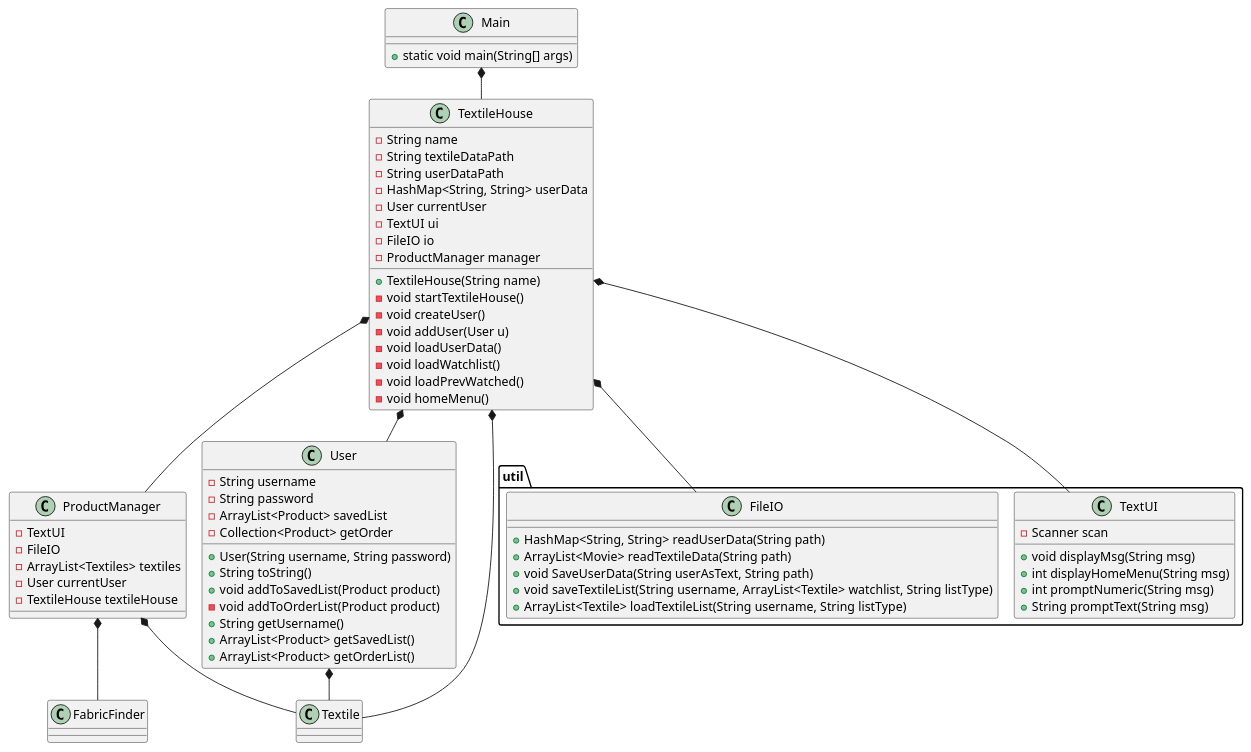
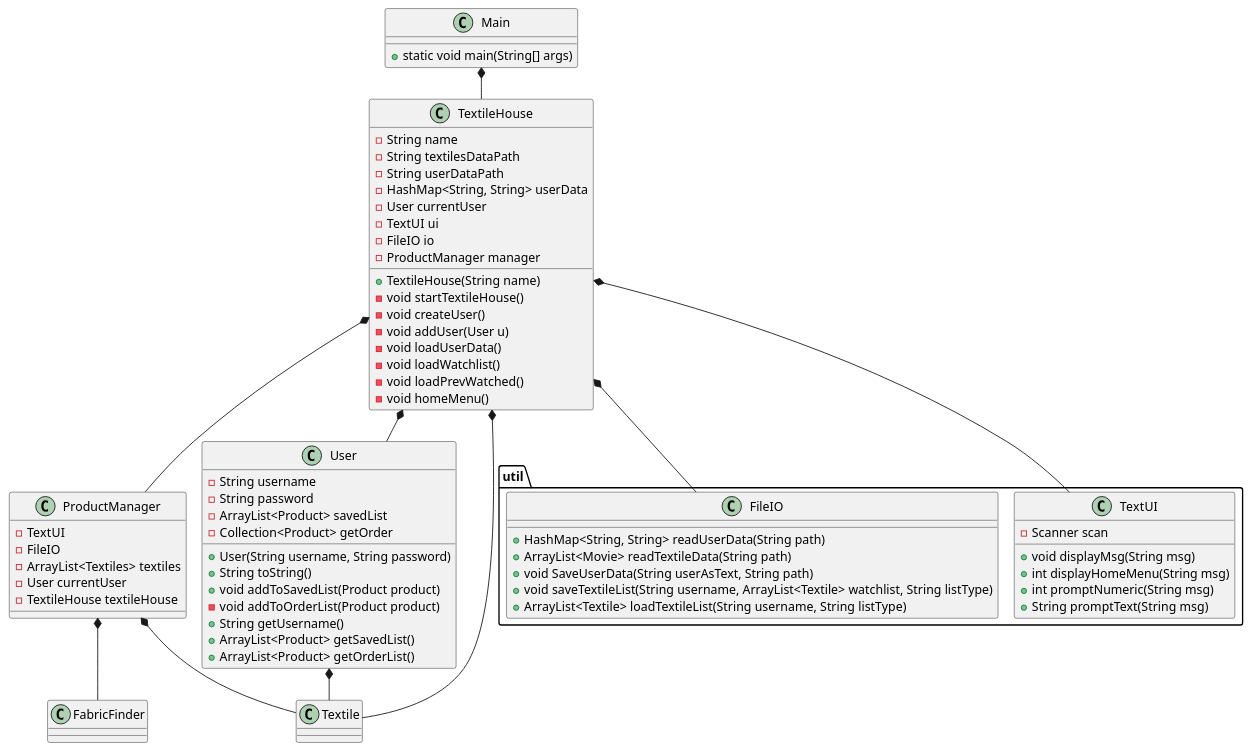
One commit to Griffenholm/ICE changed the diagram in doc/classdiagram/classdiagram.puml. Above: the diagram before and after it, drawn with PlantUML. The commit also changed 7 other files, not shown here.

Commit message:
classdiagram + files

```diff
--- a/doc/classdiagram/classdiagram.puml
+++ b/doc/classdiagram/classdiagram.puml
@@ -1,83 +1,83 @@
 @startuml
 !pragma layout smetana
 
 class Main {
 + static void main(String[] args)
 }
 
 
 class TextileHouse{
 - String name
-- String textileDataPath
+- String textilesDataPath
 - String userDataPath
 - HashMap<String, String> userData
 - User currentUser
 - TextUI ui
 - FileIO io
 - ProductManager manager
 + TextileHouse(String name)
 - void startTextileHouse()
 - void createUser()
 - void addUser(User u)
 - void loadUserData()
 - void loadWatchlist()
 - void loadPrevWatched()
 - void homeMenu()
 }
 
 class ProductManager{
 - TextUI
 - FileIO
 - ArrayList<Textiles> textiles
 - User currentUser
 - TextileHouse textileHouse
 }
 
 class FabricFinder{
 }
 
 class User {
 - String username
 - String password
 - ArrayList<Product> savedList
 - Collection<Product> getOrder
 + User(String username, String password)
 + String toString()
 + void addToSavedList(Product product)
 - void addToOrderList(Product product)
 + String getUsername()
 + ArrayList<Product> getSavedList()
 + ArrayList<Product> getOrderList()
 }
 
 class Textile {}
 
 package "util" {
 
 class TextUI {
 - Scanner scan
 + void displayMsg(String msg)
 + int displayHomeMenu(String msg)
 + int promptNumeric(String msg)
 + String promptText(String msg)
 }
 
 class FileIO {
 + HashMap<String, String> readUserData(String path)
 + ArrayList<Movie> readTextileData(String path)
 + void SaveUserData(String userAsText, String path)
 + void saveTextileList(String username, ArrayList<Textile> watchlist, String listType)
 + ArrayList<Textile> loadTextileList(String username, String listType)
 }
 }
 
 Main *-- TextileHouse
 TextileHouse *-- FileIO
 TextileHouse *-- TextUI
 TextileHouse *-- User
 TextileHouse *-- ProductManager
 ProductManager *-- Textile
 ProductManager *-- FabricFinder
 TextileHouse *-- Textile
 User *-- Textile
 @enduml
```
